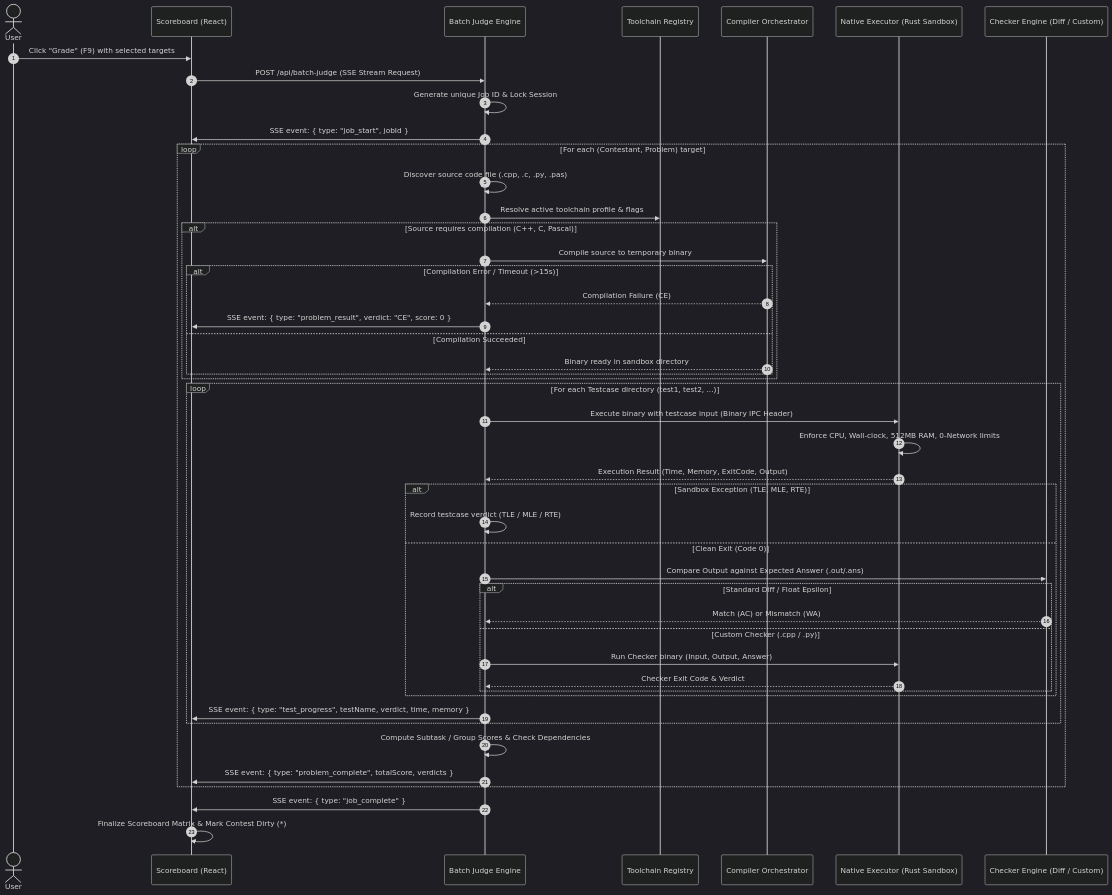
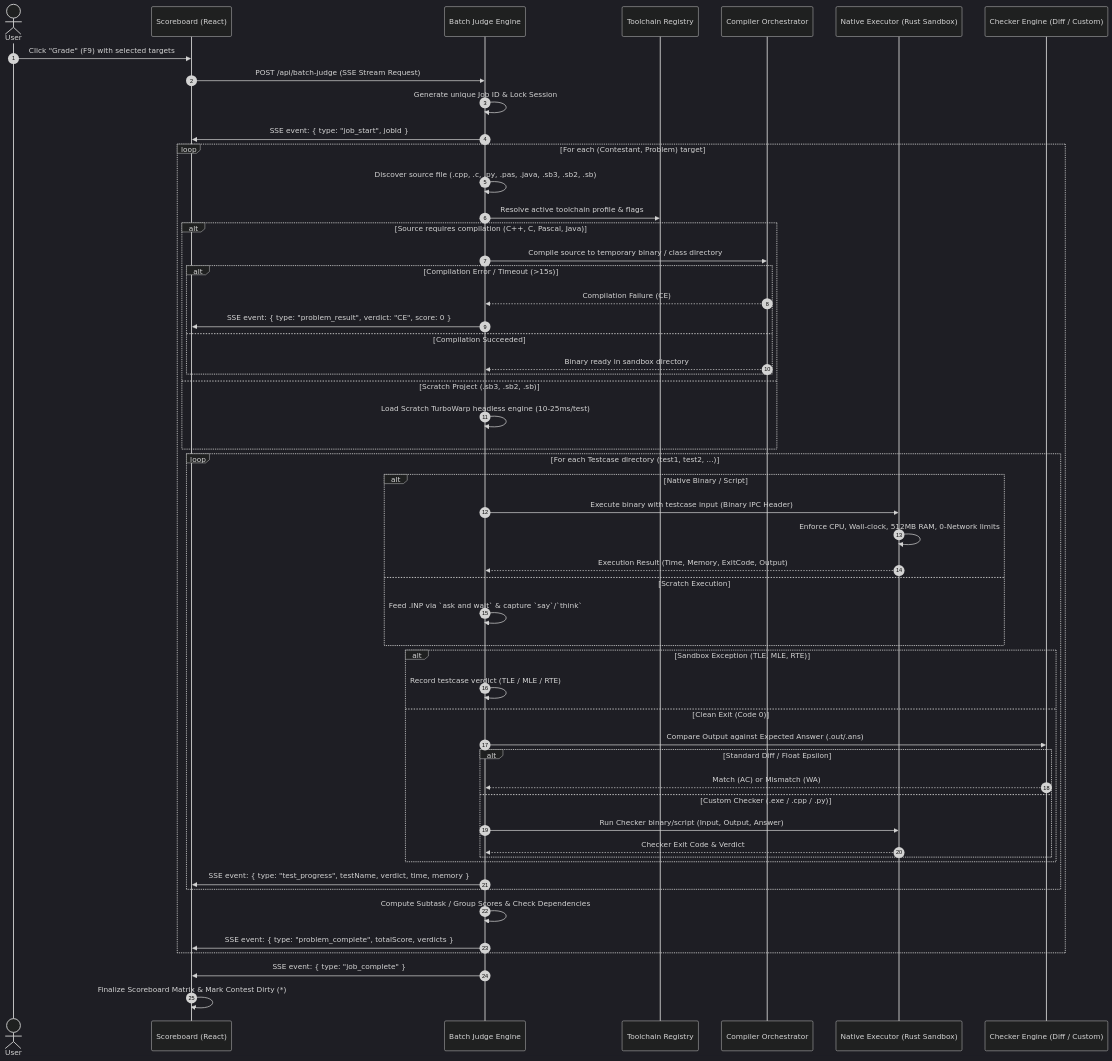
Before and after one commit to ducminh25/judgedesk-source: the third of 7 diagrams in docs/APP_FLOW.md, drawn with Mermaid (dark theme). The commit also changed other lines of this file and 12 other files, not shown here.

````diff
--- a/docs/APP_FLOW.md
+++ b/docs/APP_FLOW.md
@@ -71,56 +71,62 @@
 ```mermaid
 sequenceDiagram
     autonumber
     actor User
     participant UI as Scoreboard (React)
     participant Backend as Batch Judge Engine
     participant Registry as Toolchain Registry
     participant Compiler as Compiler Orchestrator
     participant Sandbox as Native Executor (Rust Sandbox)
     participant Checker as Checker Engine (Diff / Custom)
 
     User->>UI: Click "Grade" (F9) with selected targets
     UI->>Backend: POST /api/batch-judge (SSE Stream Request)
     Backend->>Backend: Generate unique Job ID & Lock Session
     Backend->>UI: SSE event: { type: "job_start", jobId }
 
     loop For each (Contestant, Problem) target
-        Backend->>Backend: Discover source code file (.cpp, .c, .py, .pas)
+        Backend->>Backend: Discover source file (.cpp, .c, .py, .pas, .java, .sb3, .sb2, .sb)
         Backend->>Registry: Resolve active toolchain profile & flags
         
-        alt Source requires compilation (C++, C, Pascal)
-            Backend->>Compiler: Compile source to temporary binary
+        alt Source requires compilation (C++, C, Pascal, Java)
+            Backend->>Compiler: Compile source to temporary binary / class directory
             alt Compilation Error / Timeout (>15s)
                 Compiler-->>Backend: Compilation Failure (CE)
                 Backend->>UI: SSE event: { type: "problem_result", verdict: "CE", score: 0 }
             else Compilation Succeeded
                 Compiler-->>Backend: Binary ready in sandbox directory
             end
+        else Scratch Project (.sb3, .sb2, .sb)
+            Backend->>Backend: Load Scratch TurboWarp headless engine (10-25ms/test)
         end
 
         loop For each Testcase directory (test1, test2, ...)
-            Backend->>Sandbox: Execute binary with testcase input (Binary IPC Header)
-            Sandbox->>Sandbox: Enforce CPU, Wall-clock, 512MB RAM, 0-Network limits
-            Sandbox-->>Backend: Execution Result (Time, Memory, ExitCode, Output)
+            alt Native Binary / Script
+                Backend->>Sandbox: Execute binary with testcase input (Binary IPC Header)
+                Sandbox->>Sandbox: Enforce CPU, Wall-clock, 512MB RAM, 0-Network limits
+                Sandbox-->>Backend: Execution Result (Time, Memory, ExitCode, Output)
+            else Scratch Execution
+                Backend->>Backend: Feed .INP via `ask and wait` & capture `say`/`think`
+            end
             
             alt Sandbox Exception (TLE, MLE, RTE)
                 Backend->>Backend: Record testcase verdict (TLE / MLE / RTE)
             else Clean Exit (Code 0)
                 Backend->>Checker: Compare Output against Expected Answer (.out/.ans)
                 alt Standard Diff / Float Epsilon
                     Checker-->>Backend: Match (AC) or Mismatch (WA)
-                else Custom Checker (.cpp / .py)
-                    Backend->>Sandbox: Run Checker binary (Input, Output, Answer)
+                else Custom Checker (.exe / .cpp / .py)
+                    Backend->>Sandbox: Run Checker binary/script (Input, Output, Answer)
                     Sandbox-->>Backend: Checker Exit Code & Verdict
                 end
             end
             Backend->>UI: SSE event: { type: "test_progress", testName, verdict, time, memory }
         end
 
         Backend->>Backend: Compute Subtask / Group Scores & Check Dependencies
         Backend->>UI: SSE event: { type: "problem_complete", totalScore, verdicts }
     end
 
     Backend->>UI: SSE event: { type: "job_complete" }
     UI->>UI: Finalize Scoreboard Matrix & Mark Contest Dirty (*)
 ```
````
